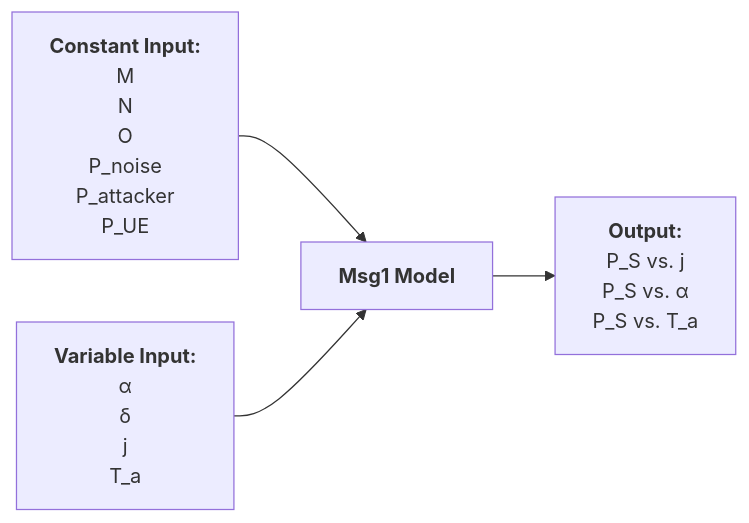
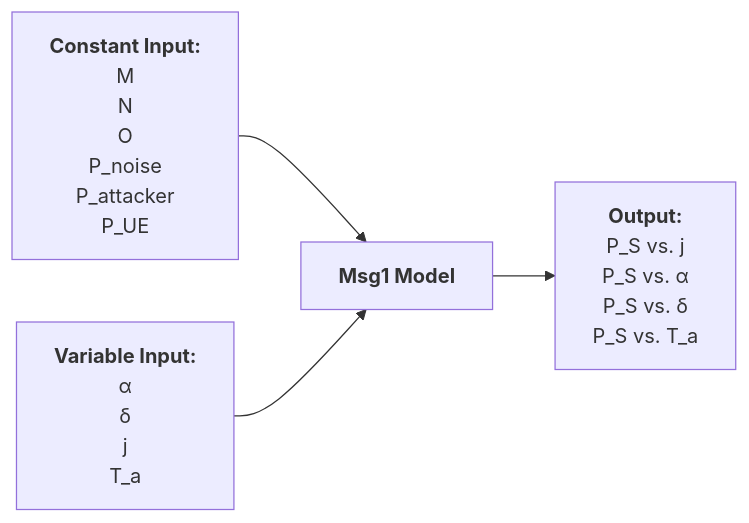
The sixth of 7 diagrams in docs/20250310 Thesis (Basic Msg1 Model).md (bmw-ece-ntust/wilfrid-prach-attack-analysis), drawn with Mermaid before and after one commit. The commit also changed other lines of this file, not shown here.

````diff
--- a/docs/20250310 Thesis (Basic Msg1 Model).md
+++ b/docs/20250310 Thesis (Basic Msg1 Model).md
@@ -200,23 +200,24 @@
 ```mermaid
 flowchart LR
     inputC["`**Constant Input:**
     M
     N
     O
     P_noise
     P_attacker
     P_UE`"]
     inputV["`**Variable Input:**
     α
     δ
     j
     T_a`"]
     process["`**Msg1 Model**`"]
     output["`**Output:**
     P_S vs. j
     P_S vs. α
+    P_S vs. δ
     P_S vs. T_a`"]
     inputC --> process
     inputV --> process
     process --> output
 ```
````
